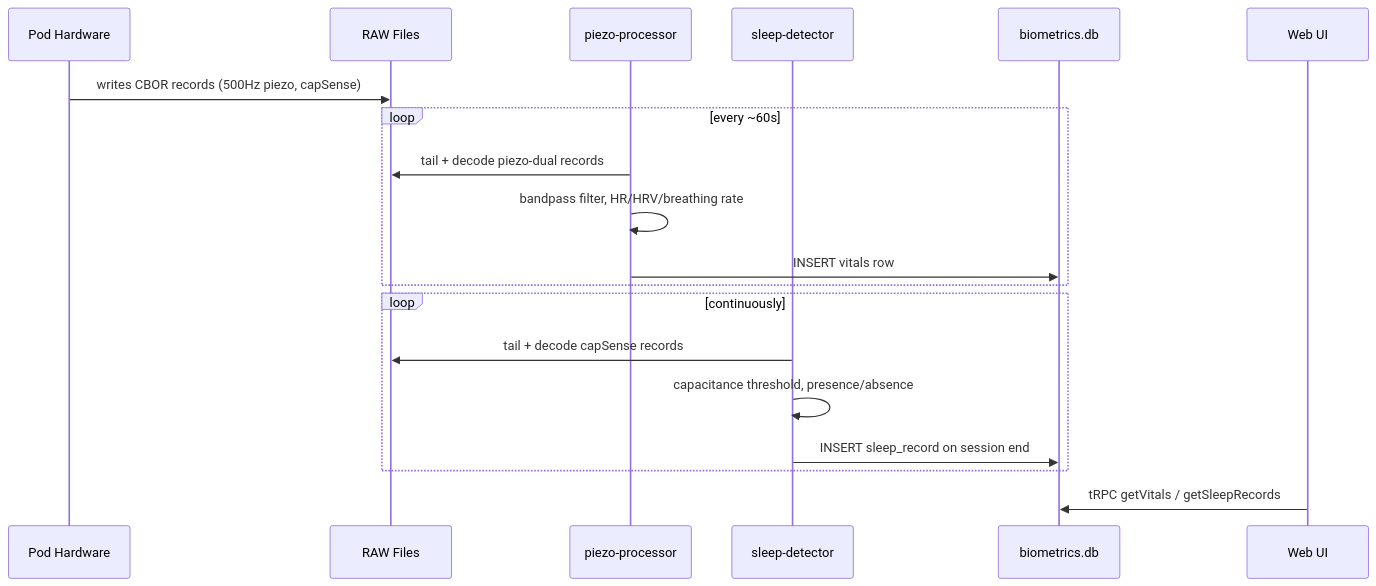
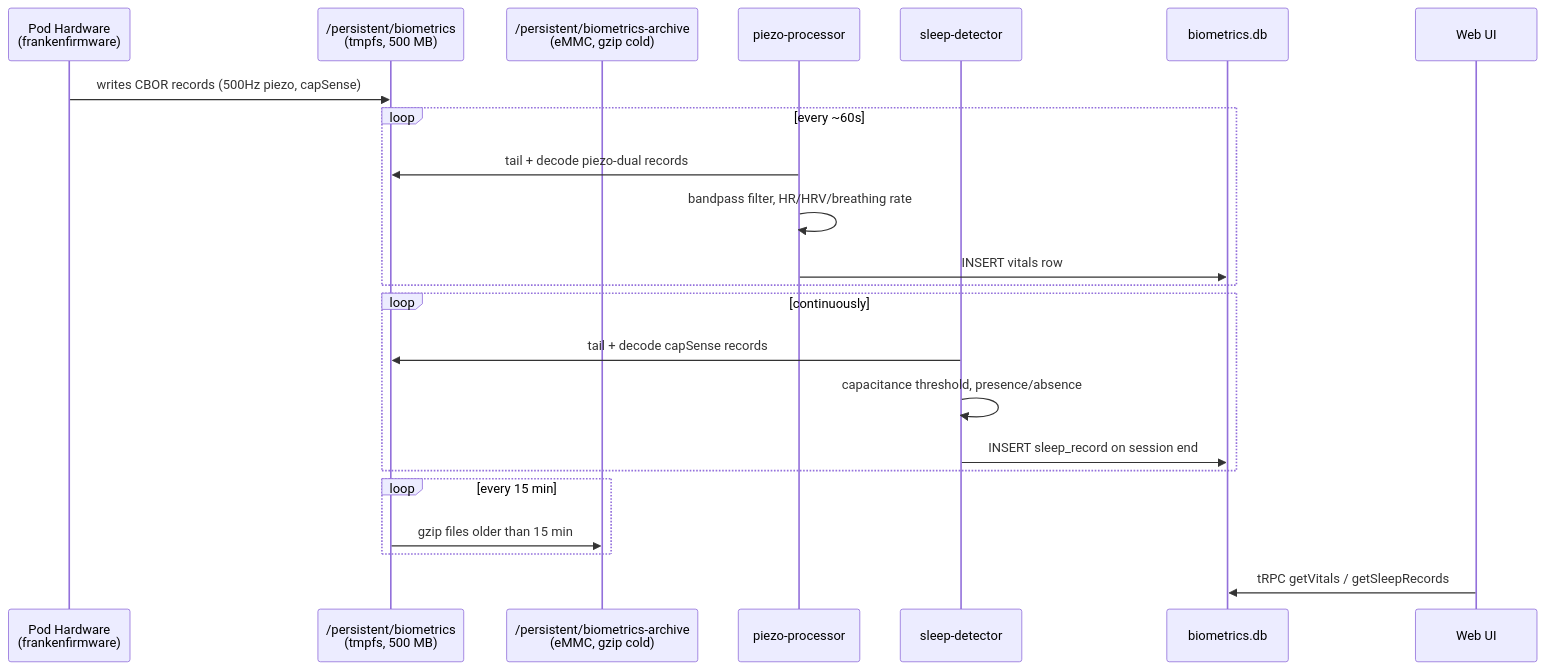
One commit to sleepypod/core changed the fourth of 8 diagrams in README.md. Above: the diagram before and after it, drawn with Mermaid. The commit also changed other lines of this file and 3 other files, not shown here.

First line of the commit message:
docs: surface the biometrics tmpfs layer in architecture diagrams

````diff
--- a/README.md
+++ b/README.md
@@ -301,22 +312,26 @@
 ```mermaid
 sequenceDiagram
-    participant HW as Pod Hardware
-    participant RAW as RAW Files
+    participant HW as Pod Hardware<br/>(frankenfirmware)
+    participant TMPFS as /persistent/biometrics<br/>(tmpfs, 500 MB)
+    participant ARCH as /persistent/biometrics-archive<br/>(eMMC, gzip cold)
     participant PP as piezo-processor
     participant SD as sleep-detector
     participant BDB as biometrics.db
     participant UI as Web UI
 
-    HW->>RAW: writes CBOR records (500Hz piezo, capSense)
+    HW->>TMPFS: writes CBOR records (500Hz piezo, capSense)
     loop every ~60s
-        PP->>RAW: tail + decode piezo-dual records
+        PP->>TMPFS: tail + decode piezo-dual records
         PP->>PP: bandpass filter, HR/HRV/breathing rate
         PP->>BDB: INSERT vitals row
     end
     loop continuously
-        SD->>RAW: tail + decode capSense records
+        SD->>TMPFS: tail + decode capSense records
         SD->>SD: capacitance threshold, presence/absence
         SD->>BDB: INSERT sleep_record on session end
     end
+    loop every 15 min
+        TMPFS->>ARCH: gzip files older than 15 min
+    end
     UI->>BDB: tRPC getVitals / getSleepRecords
 ```
````
